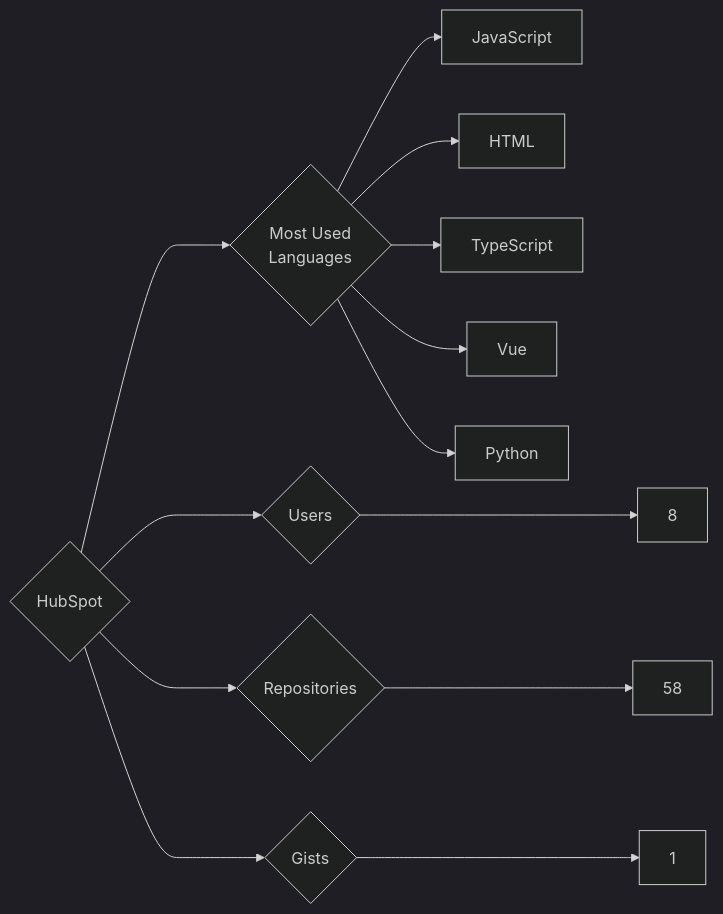
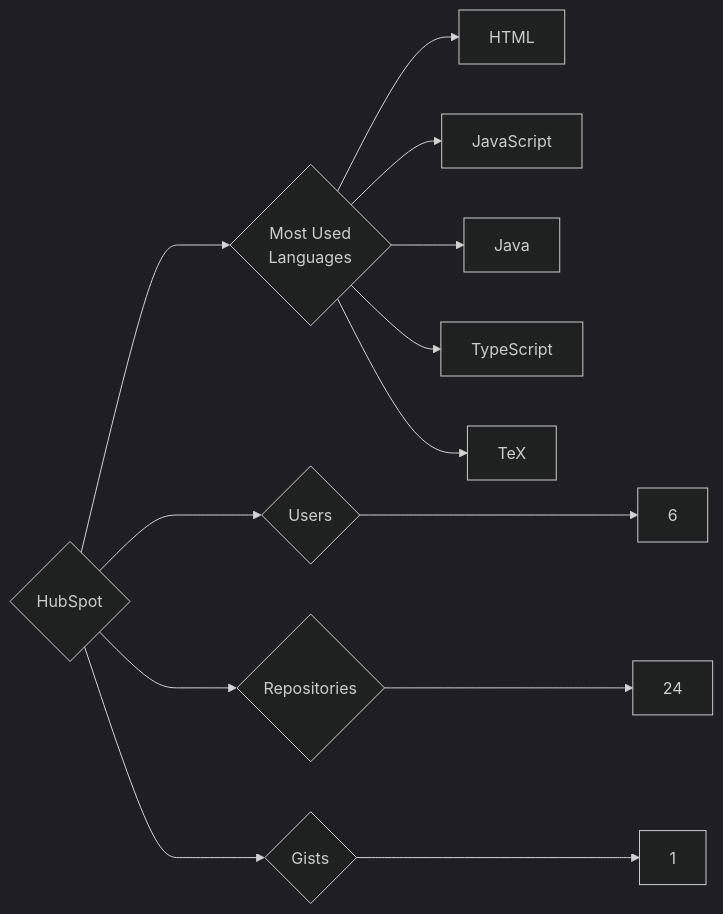
The diagram in targets/HubSpot/README.md (trickest/insiders), drawn with Mermaid (dark theme) before and after one commit. The commit also changed 1148 other files, not shown here.

````diff
--- a/targets/HubSpot/README.md
+++ b/targets/HubSpot/README.md
@@ -3,13 +3,13 @@
 ```mermaid
 graph LR
 COMPANY_NAME{HubSpot}
-COMPANY_NAME ---> U{Users} ---> UN[8]
-COMPANY_NAME ---> R{Repositories} ---> RN[58]
+COMPANY_NAME ---> U{Users} ---> UN[6]
+COMPANY_NAME ---> R{Repositories} ---> RN[24]
 COMPANY_NAME ---> G{Gists} ---> GN[1]
 COMPANY_NAME ---> ML{Most Used<br>Languages}
+ML --> HTML[HTML]
 ML --> JavaScript[JavaScript]
-ML --> HTML[HTML]
+ML --> Java[Java]
 ML --> TypeScript[TypeScript]
-ML --> Vue[Vue]
-ML --> Python[Python]
+ML --> TeX[TeX]
 ```
````
